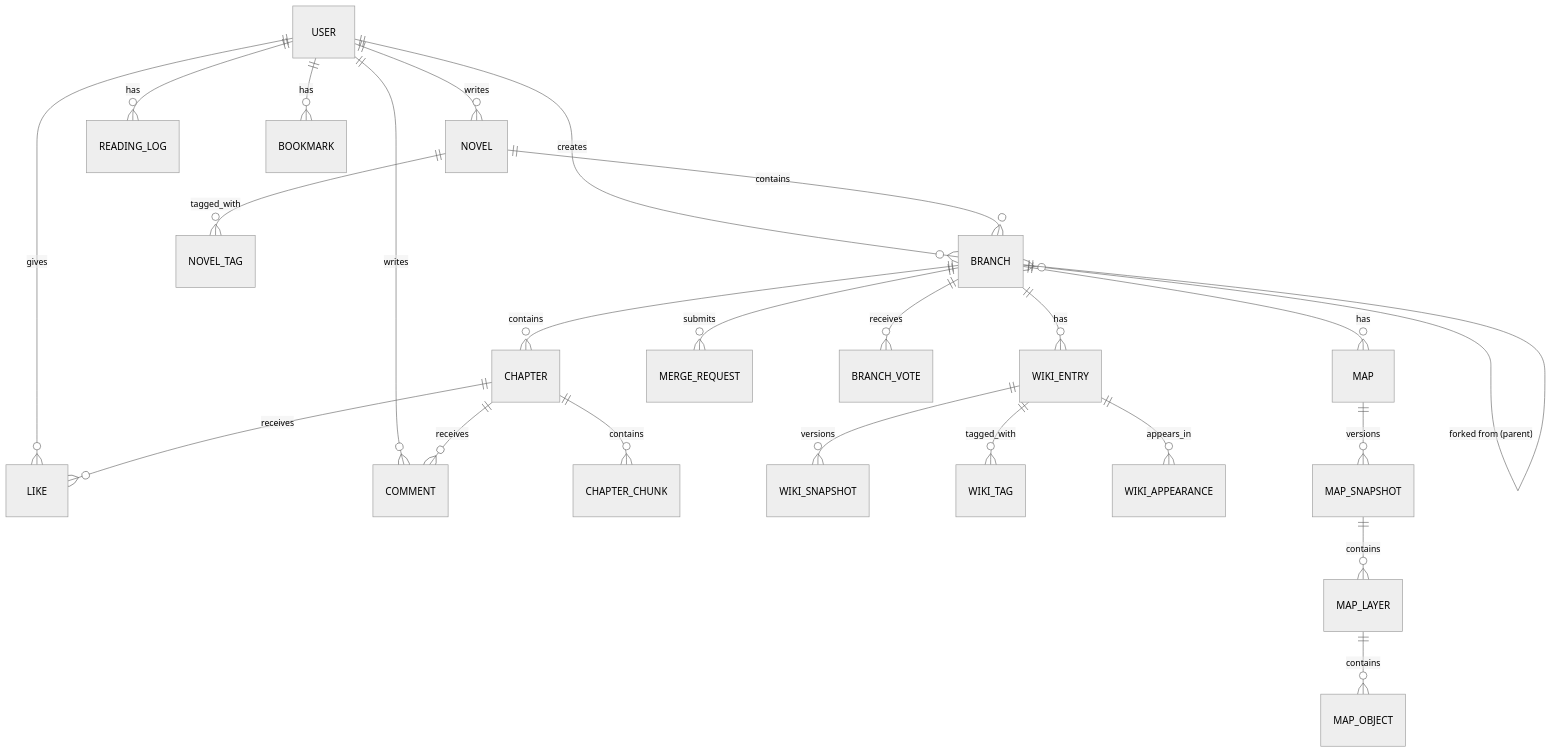
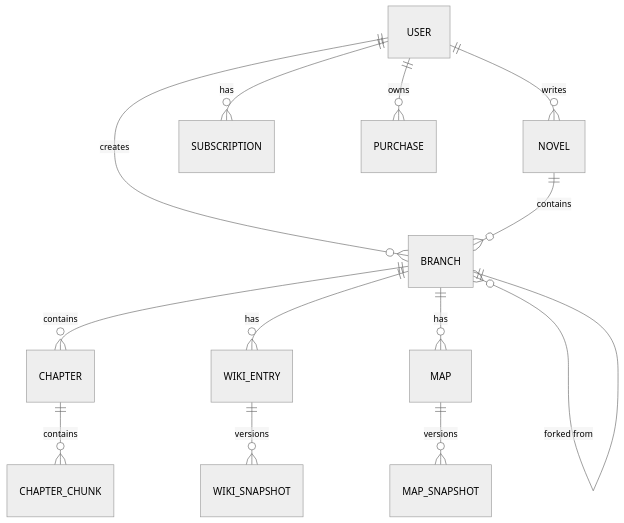
One commit to hueyjeong/ForkLore changed the diagram in docs/backend-architecture.md. Above: the diagram before and after it, drawn with Mermaid (neutral theme). The commit also changed other lines of this file and 3 other files, not shown here.

Commit message:
docs: update agent guidelines, API specification, backend architecture, and project backlog documentation

````diff
--- a/docs/backend-architecture.md
+++ b/docs/backend-architecture.md
@@ -264,31 +264,18 @@
 ```mermaid
 erDiagram
     USER ||--o{ NOVEL : writes
     USER ||--o{ BRANCH : creates
-    USER ||--o{ READING_LOG : has
-    USER ||--o{ BOOKMARK : has
-    USER ||--o{ LIKE : gives
-    USER ||--o{ COMMENT : writes
+    USER ||--o{ SUBSCRIPTION : has
+    USER ||--o{ PURCHASE : owns
     
     NOVEL ||--o{ BRANCH : contains
-    NOVEL ||--o{ NOVEL_TAG : tagged_with
     
     BRANCH ||--o{ CHAPTER : contains
     BRANCH ||--o{ WIKI_ENTRY : has
     BRANCH ||--o{ MAP : has
-    BRANCH ||--o{ MERGE_REQUEST : submits
-    BRANCH ||--o{ BRANCH_VOTE : receives
-    BRANCH }o--|| BRANCH : "forked from (parent)"
+    BRANCH }o--|| BRANCH : "forked from"
     
     CHAPTER ||--o{ CHAPTER_CHUNK : contains
-    CHAPTER ||--o{ COMMENT : receives
-    CHAPTER ||--o{ LIKE : receives
-    
     WIKI_ENTRY ||--o{ WIKI_SNAPSHOT : versions
-    WIKI_ENTRY ||--o{ WIKI_TAG : tagged_with
-    WIKI_ENTRY ||--o{ WIKI_APPEARANCE : appears_in
-    
     MAP ||--o{ MAP_SNAPSHOT : versions
-    MAP_SNAPSHOT ||--o{ MAP_LAYER : contains
-    MAP_LAYER ||--o{ MAP_OBJECT : contains
 ```
````
